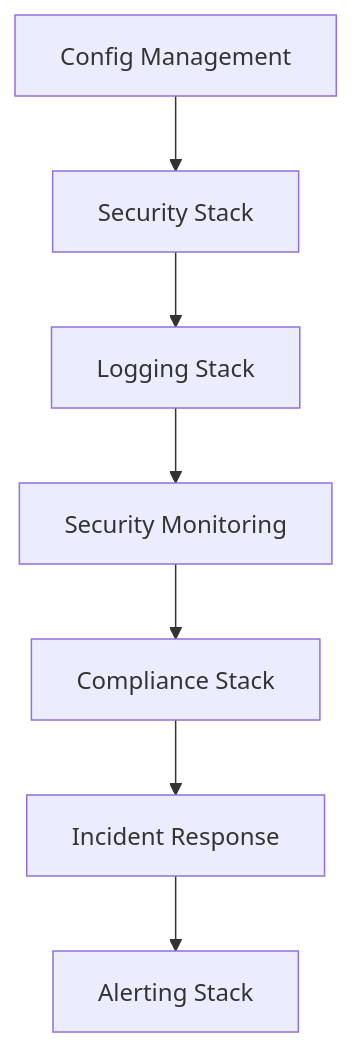
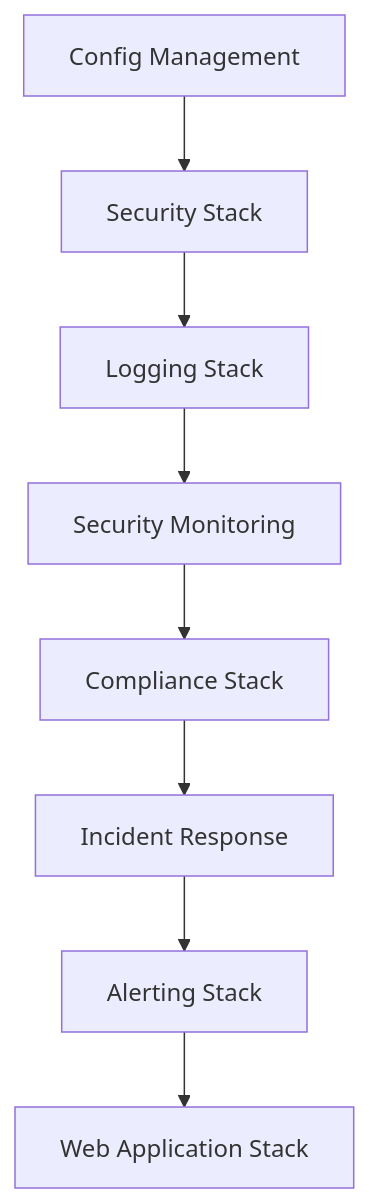
The second of 2 diagrams in README.md (milesfuller/aws-synapsed-org), drawn with Mermaid before and after one commit. The commit also changed other lines of this file and 54 other files, not shown here.

````diff
--- a/README.md
+++ b/README.md
@@ -37,9 +38,10 @@
 ```mermaid
 graph TD
     Config[Config Management] --> Security[Security Stack]
     Security --> Logging[Logging Stack]
     Logging --> Monitoring[Security Monitoring]
     Monitoring --> Compliance[Compliance Stack]
     Compliance --> Incident[Incident Response]
     Incident --> Alerting[Alerting Stack]
+    Alerting --> WebApp[Web Application Stack]
 ```
````
